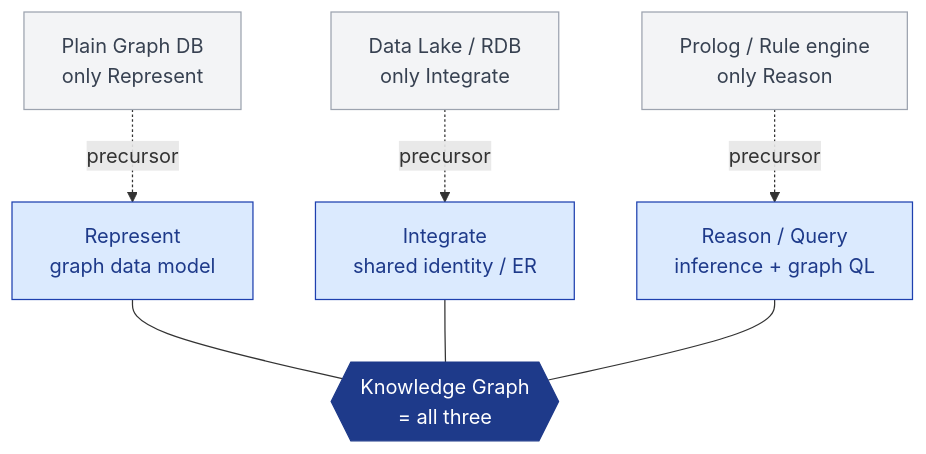
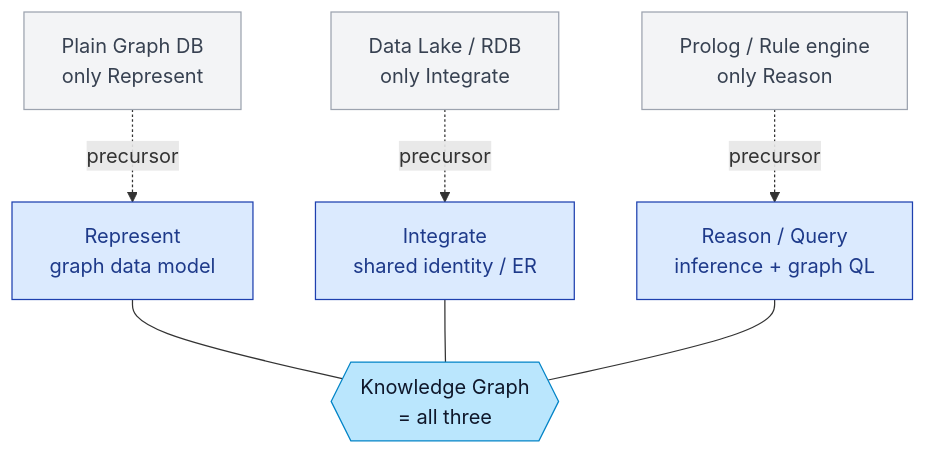
One commit to Peng-Rao/knowledge-base-quartz changed the first of 8 diagrams in content/Week1.md. Above: the diagram before and after it, drawn with Mermaid. The commit also changed other lines of this file, not shown here.

````diff
--- a/content/Week1.md
+++ b/content/Week1.md
@@ -13,23 +13,19 @@
 ```mermaid
 graph TD
     KG{{Knowledge Graph<br/>= all three}}:::kg
     R[Represent<br/>graph data model]:::cap
     I[Integrate<br/>shared identity / ER]:::cap
     Q[Reason / Query<br/>inference + graph QL]:::cap
-
     R --- KG
     I --- KG
     Q --- KG
-
     GraphDB[Plain Graph DB<br/>only Represent]:::sys
     DataLake[Data Lake / RDB<br/>only Integrate]:::sys
     Prolog[Prolog / Rule engine<br/>only Reason]:::sys
-
     GraphDB -.precursor.-> R
     DataLake -.precursor.-> I
     Prolog -.precursor.-> Q
-
-    classDef kg fill:#1e3a8a,stroke:#1e3a8a,color:#fff
+    classDef kg fill:#BAE6FD,stroke:#0284C7,color:#0F172A
     classDef cap fill:#dbeafe,stroke:#1e40af,color:#1e3a8a
     classDef sys fill:#f3f4f6,stroke:#9ca3af,color:#374151
 ```
````
